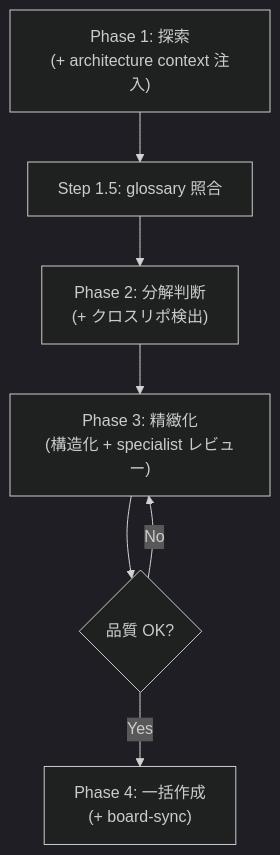
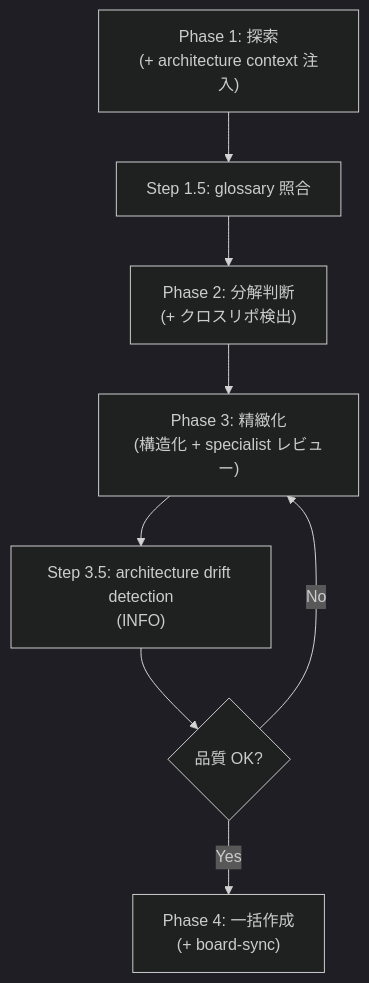
One commit to shuu5/twill changed the first of 4 diagrams in plugins/dev/architecture/domain/contexts/issue-mgmt.md. Above: the diagram before and after it, drawn with Mermaid (dark theme). The commit also changed other lines of this file and 6 other files, not shown here.

First line of the commit message:
docs(architecture): #210-#212 反映 - ADR-008, DCI双方向化, drift detection

````diff
--- a/plugins/dev/architecture/domain/contexts/issue-mgmt.md
+++ b/plugins/dev/architecture/domain/contexts/issue-mgmt.md
@@ -49,9 +49,10 @@
 ```mermaid
 flowchart TD
     A["Phase 1: 探索<br/>(+ architecture context 注入)"] --> A2["Step 1.5: glossary 照合"]
     A2 --> B["Phase 2: 分解判断<br/>(+ クロスリポ検出)"]
     B --> C["Phase 3: 精緻化<br/>(構造化 + specialist レビュー)"]
-    C --> D{品質 OK?}
+    C --> C2["Step 3.5: architecture drift detection<br/>(INFO)"]
+    C2 --> D{品質 OK?}
     D -- Yes --> E["Phase 4: 一括作成<br/>(+ board-sync)"]
     D -- No --> C
 ```
````
